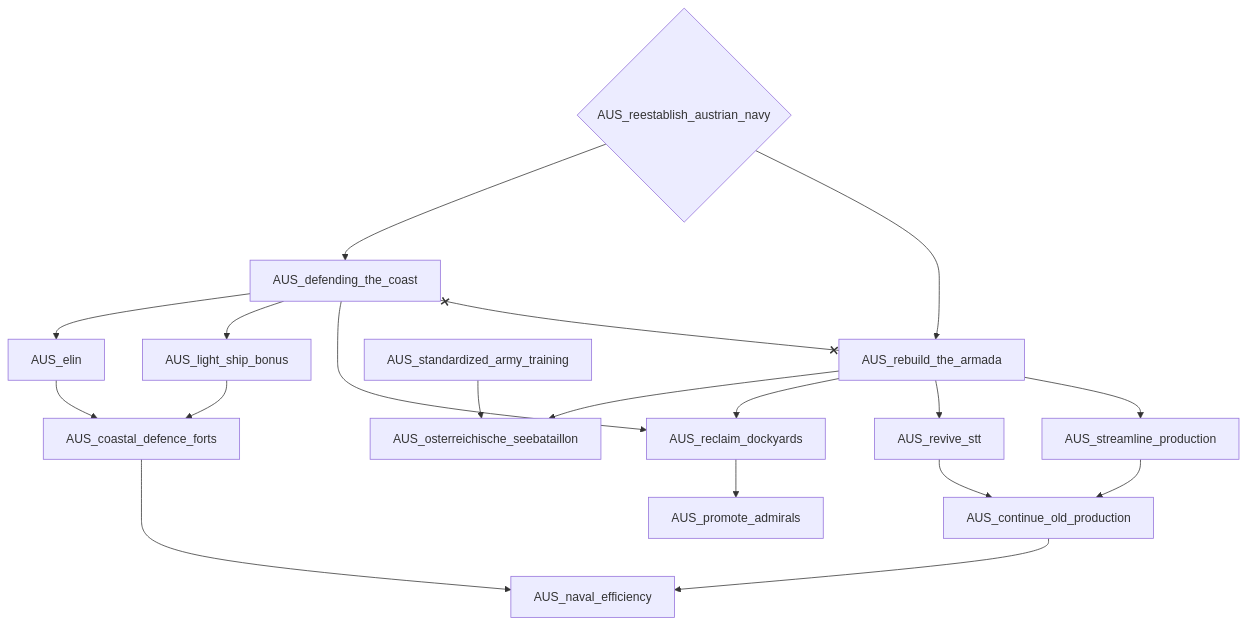
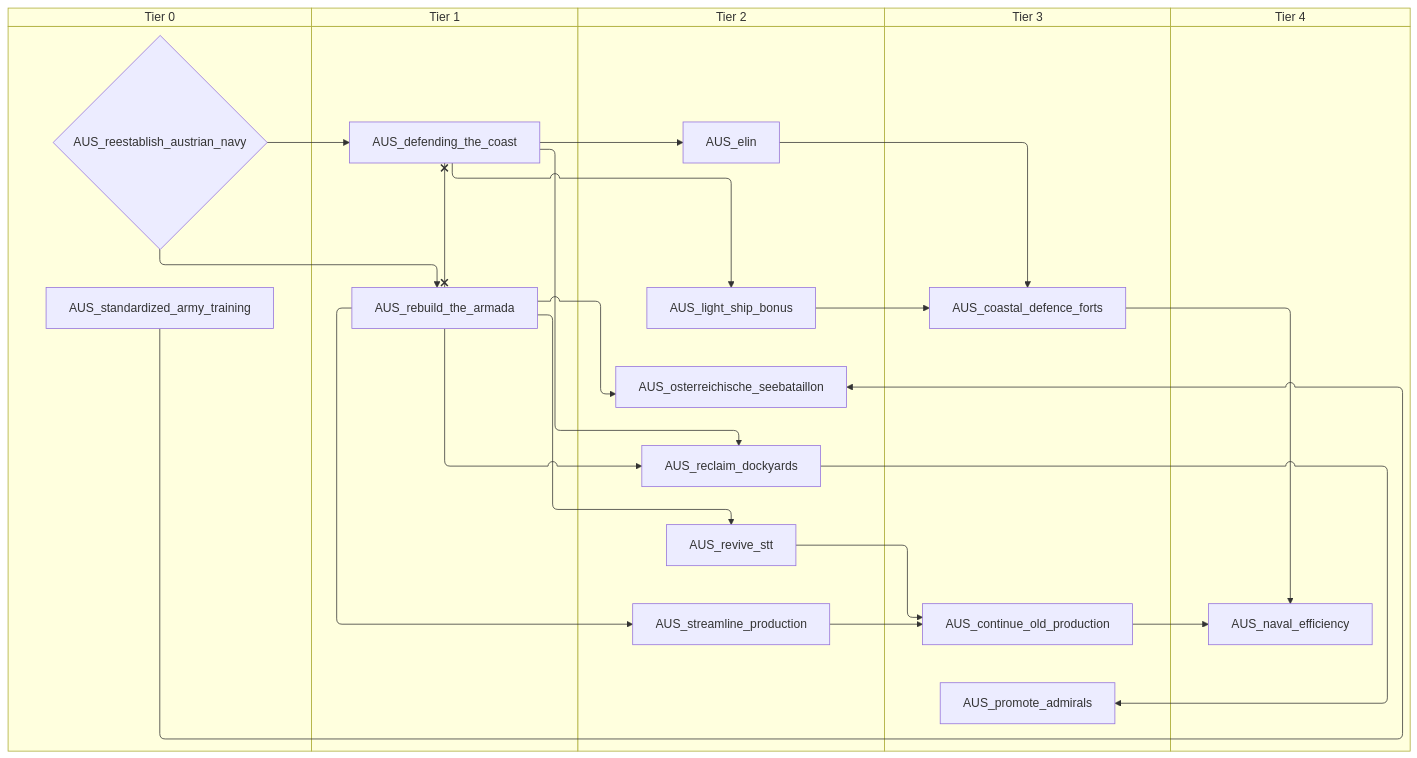
One commit to evgeny-sobol/hoi4-sandbox-mode changed the second of 6 diagrams in docs/gdd/National Focuses/austria.md. Above: the diagram before and after it, drawn with Mermaid. The commit also changed other lines of this file and 80 other files, not shown here.

First line of the commit message:
Add swimlane mode to focus graph exporter

````diff
--- a/docs/gdd/National Focuses/austria.md
+++ b/docs/gdd/National Focuses/austria.md
@@ -60,35 +76,45 @@
 ```mermaid
-flowchart TD
-    n19["AUS_coastal_defence_forts"]
-    n20["AUS_continue_old_production"]
-    n21["AUS_defending_the_coast"]
-    n22["AUS_elin"]
-    n23["AUS_light_ship_bonus"]
-    n24["AUS_naval_efficiency"]
-    n25["AUS_osterreichische_seebataillon"]
-    n26["AUS_promote_admirals"]
-    n27["AUS_rebuild_the_armada"]
-    n28["AUS_reclaim_dockyards"]
-    n29{"AUS_reestablish_austrian_navy"}
-    n30["AUS_revive_stt"]
-    n31["AUS_standardized_army_training"]
-    n32["AUS_streamline_production"]
-    n23 --> n19
-    n22 --> n19
-    n32 --> n20
-    n30 --> n20
-    n29 --> n21
-    n21 --> n22
+swimlane-beta TD
+    subgraph tier_0["Tier 0"]
+        n19{"AUS_reestablish_austrian_navy"}
+        n20["AUS_standardized_army_training"]
+    end
+    subgraph tier_1["Tier 1"]
+        n21["AUS_defending_the_coast"]
+        n22["AUS_rebuild_the_armada"]
+    end
+    subgraph tier_2["Tier 2"]
+        n23["AUS_elin"]
+        n24["AUS_light_ship_bonus"]
+        n25["AUS_osterreichische_seebataillon"]
+        n26["AUS_reclaim_dockyards"]
+        n27["AUS_revive_stt"]
+        n28["AUS_streamline_production"]
+    end
+    subgraph tier_3["Tier 3"]
+        n29["AUS_coastal_defence_forts"]
+        n30["AUS_continue_old_production"]
+        n31["AUS_promote_admirals"]
+    end
+    subgraph tier_4["Tier 4"]
+        n32["AUS_naval_efficiency"]
+    end
+    n24 --> n29
+    n23 --> n29
+    n28 --> n30
+    n27 --> n30
+    n19 --> n21
     n21 --> n23
-    n19 --> n24
-    n20 --> n24
-    n31 --> n25
-    n27 --> n25
-    n28 --> n26
-    n29 --> n27
-    n27 --> n28
-    n21 --> n28
-    n27 --> n30
-    n27 --> n32
-    n21 x--x n27
+    n21 --> n24
+    n29 --> n32
+    n30 --> n32
+    n20 --> n25
+    n22 --> n25
+    n26 --> n31
+    n19 --> n22
+    n22 --> n26
+    n21 --> n26
+    n22 --> n27
+    n22 --> n28
+    n21 x--x n22
 ```
````
